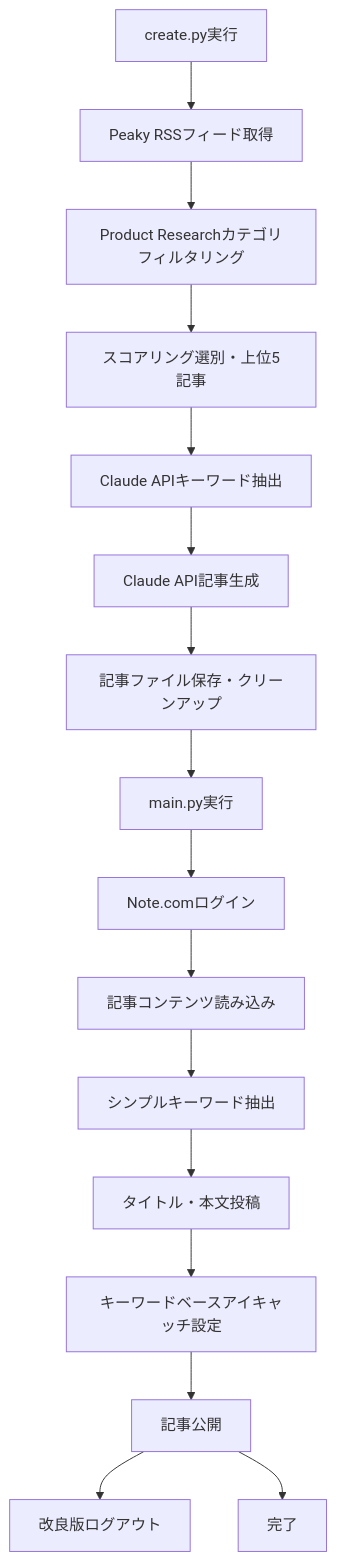
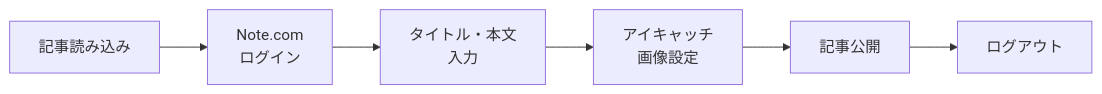
One commit to masvc/note_ai changed the second of 2 diagrams in README.md. Above: the diagram before and after it, drawn with Mermaid. The commit also changed other lines of this file, not shown here.

````diff
--- a/README.md
+++ b/README.md
@@ -86,18 +159,7 @@
 ```mermaid
-graph TD
-    A[create.py実行] --> B[Peaky RSSフィード取得]
-    B --> C[Product Researchカテゴリフィルタリング]
-    C --> D[スコアリング選別・上位5記事]
-    D --> E[Claude APIキーワード抽出]
-    E --> F[Claude API記事生成]
-    F --> G[記事ファイル保存・クリーンアップ]
-    G --> H[main.py実行]
-    H --> I[Note.comログイン]
-    I --> J[記事コンテンツ読み込み]
-    J --> K[シンプルキーワード抽出]
-    K --> L[タイトル・本文投稿]
-    L --> M[キーワードベースアイキャッチ設定]
-    M --> N[記事公開]
-    N --> O[改良版ログアウト]
-    N --> P[完了]
+graph LR
+    A[記事読み込み] --> B[Note.com<br/>ログイン]
+    B --> C[タイトル・本文<br/>入力]
+    C --> D[アイキャッチ<br/>画像設定]
+    D --> E[記事公開] --> F[ログアウト]
 ```
````
